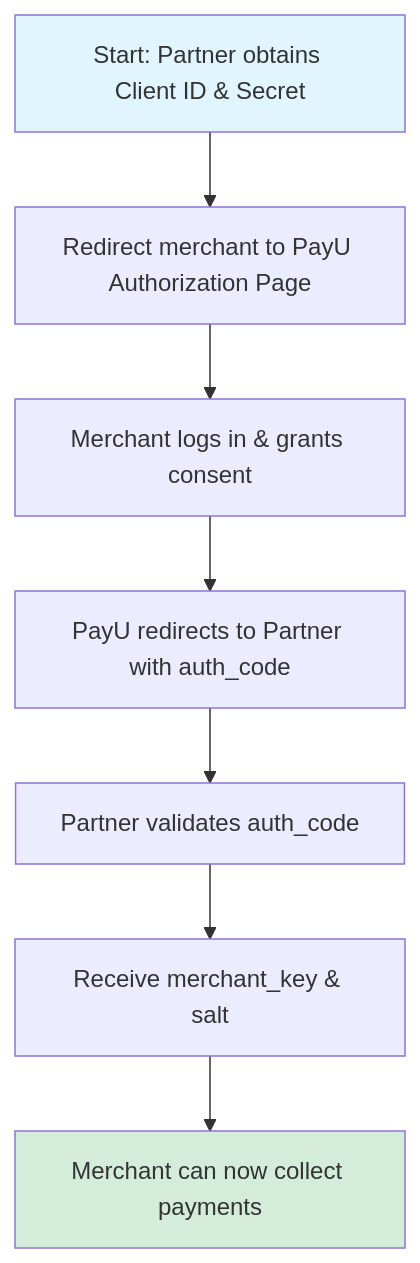
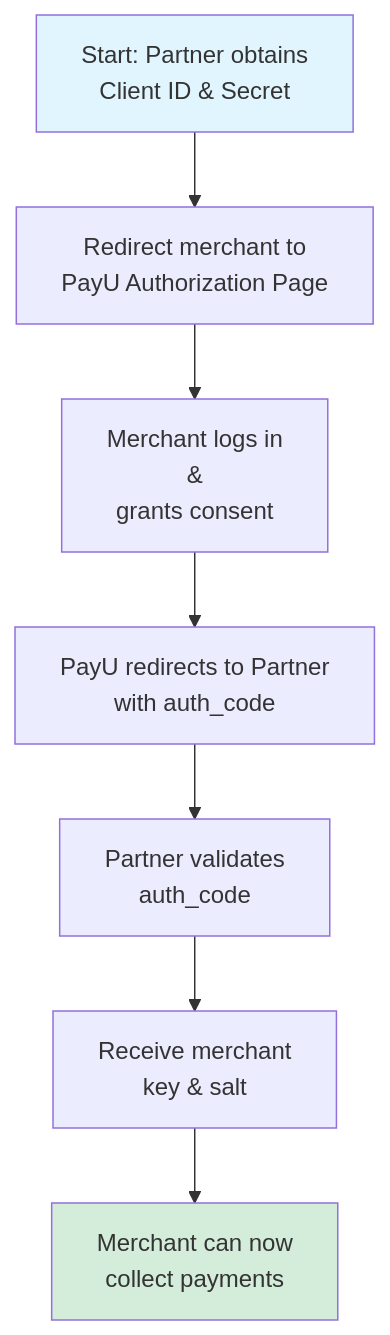
The diagram in docs/partners/quick-start-partner-integration/quick-start-partner-integration-oauth-flow.md (payu-india/CMS-Chatbot), drawn with Mermaid before and after one commit.

Commit message:
Update doc `quick-start-partner-integration-oauth-flow`

````diff
--- a/docs/partners/quick-start-partner-integration/quick-start-partner-integration-oauth-flow.md
+++ b/docs/partners/quick-start-partner-integration/quick-start-partner-integration-oauth-flow.md
@@ -11,12 +11,12 @@
 ```mermaid
 flowchart TD
-    A[Start: Partner obtains Client ID & Secret] --> B[Redirect merchant to PayU Authorization Page]
-    B --> C[Merchant logs in & grants consent]
-    C --> D[PayU redirects to Partner with auth_code]
-    D --> E[Partner validates auth_code]
-    E --> F[Receive merchant_key & salt]
-    F --> G[Merchant can now collect payments]
+    A[Start: Partner obtains \n Client ID & Secret] --> B[Redirect merchant to \n PayU Authorization Page]
+    B --> C[Merchant logs in \n & \n grants consent]
+    C --> D[PayU redirects to Partner \n with auth_code]
+    D --> E[Partner validates \n auth_code]
+    E --> F[Receive merchant \n key & salt]
+    F --> G[Merchant can now \n collect payments]
     
     style A fill:#e1f5ff
     style G fill:#d4edda
 ```
````
